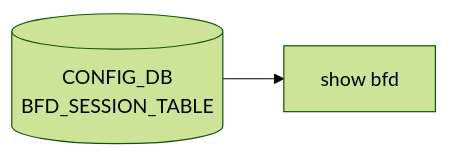
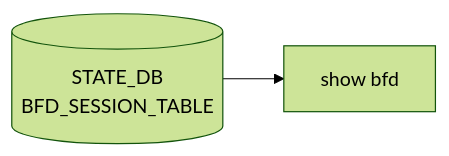
Before and after one commit to aoki-taquan/sonic-unofficial-docs: the diagram in docs/reference/cli/show-bfd.md, drawn with Mermaid (forest theme). The commit also changed other lines of this file and 17 other files, not shown here.

````diff
--- a/docs/reference/cli/show-bfd.md
+++ b/docs/reference/cli/show-bfd.md
@@ -129,6 +130,6 @@
 ```mermaid
 flowchart LR
   CLI["show bfd"]
-  CDB0[("CONFIG_DB<br/>BFD_SESSION_TABLE")]
-  CDB0 --> CLI
+  SDB0[("STATE_DB<br/>BFD_SESSION_TABLE")]
+  SDB0 --> CLI
 ```
````
